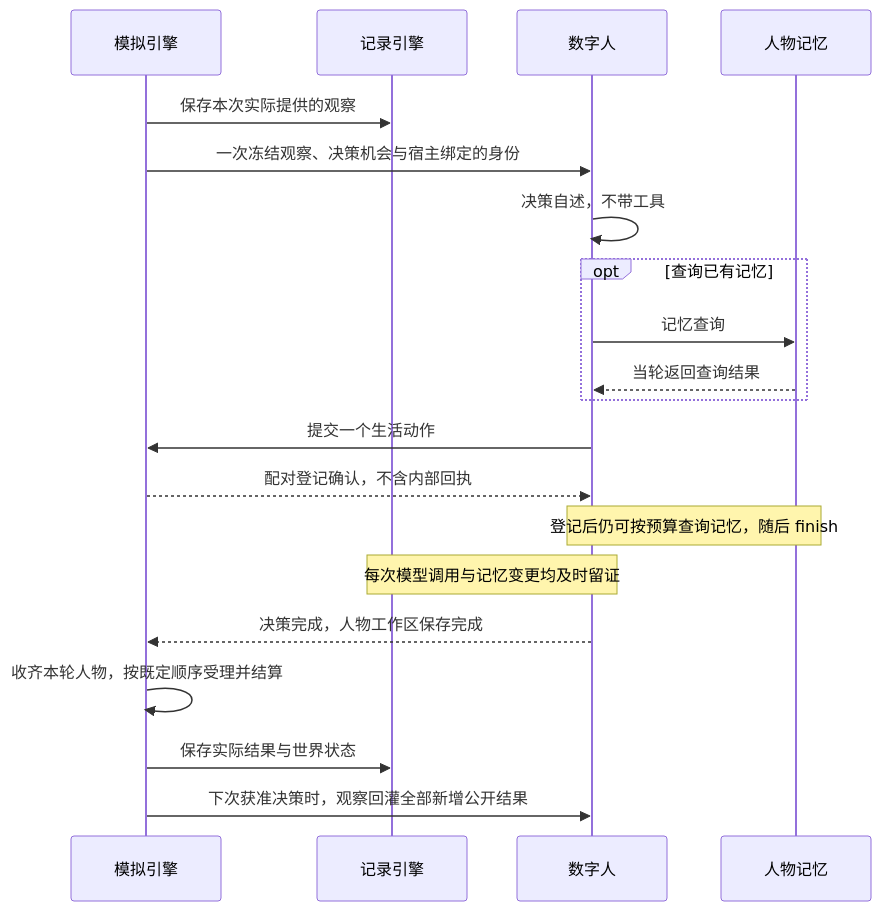
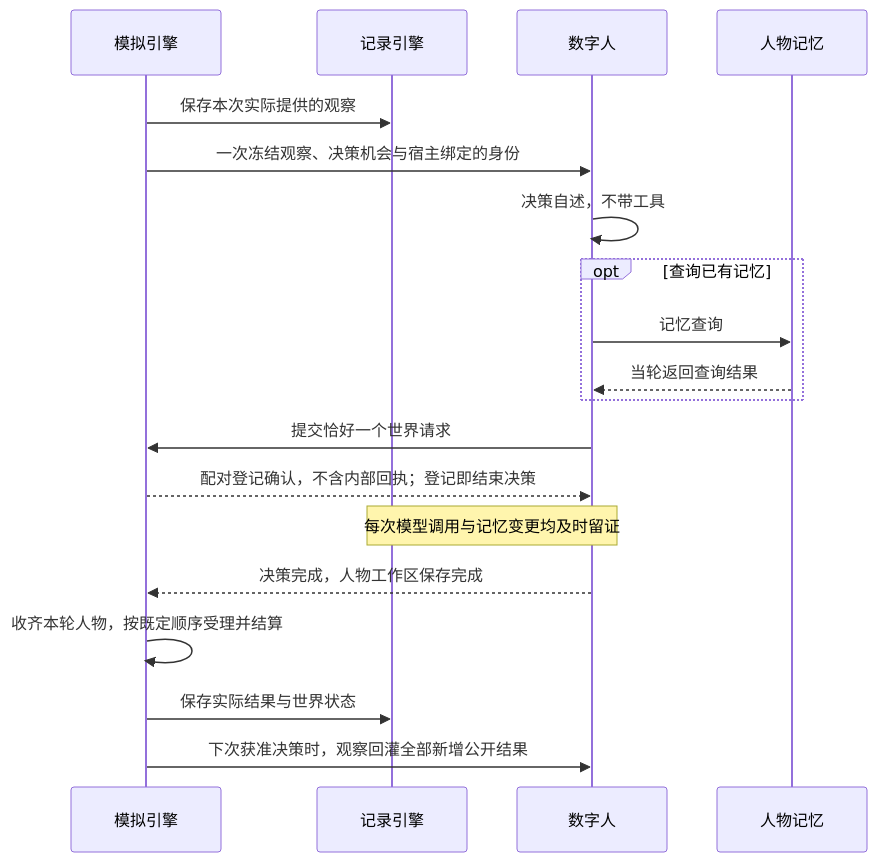
The fourth of 9 diagrams in docs/design/04-simulation-engine.md (HoldThatThgt/WorldMock), drawn with Mermaid before and after one commit. The commit also changed other lines of this file and 28 other files, not shown here.

````diff
--- a/docs/design/04-simulation-engine.md
+++ b/docs/design/04-simulation-engine.md
@@ -235,22 +249,21 @@
 ```mermaid
 sequenceDiagram
     participant S as 模拟引擎
     participant R as 记录引擎
     participant A as 数字人
     participant M as 人物记忆
     S->>R: 保存本次实际提供的观察
     S->>A: 一次冻结观察、决策机会与宿主绑定的身份
     A->>A: 决策自述，不带工具
     opt 查询已有记忆
         A->>M: 记忆查询
         M-->>A: 当轮返回查询结果
     end
-    A->>S: 提交一个生活动作
-    S-->>A: 配对登记确认，不含内部回执
-    Note over A,M: 登记后仍可按预算查询记忆，随后 finish
+    A->>S: 提交恰好一个世界请求
+    S-->>A: 配对登记确认，不含内部回执；登记即结束决策
     Note over A,R: 每次模型调用与记忆变更均及时留证
     A-->>S: 决策完成，人物工作区保存完成
     S->>S: 收齐本轮人物，按既定顺序受理并结算
     S->>R: 保存实际结果与世界状态
     S->>A: 下次获准决策时，观察回灌全部新增公开结果
 ```
````
